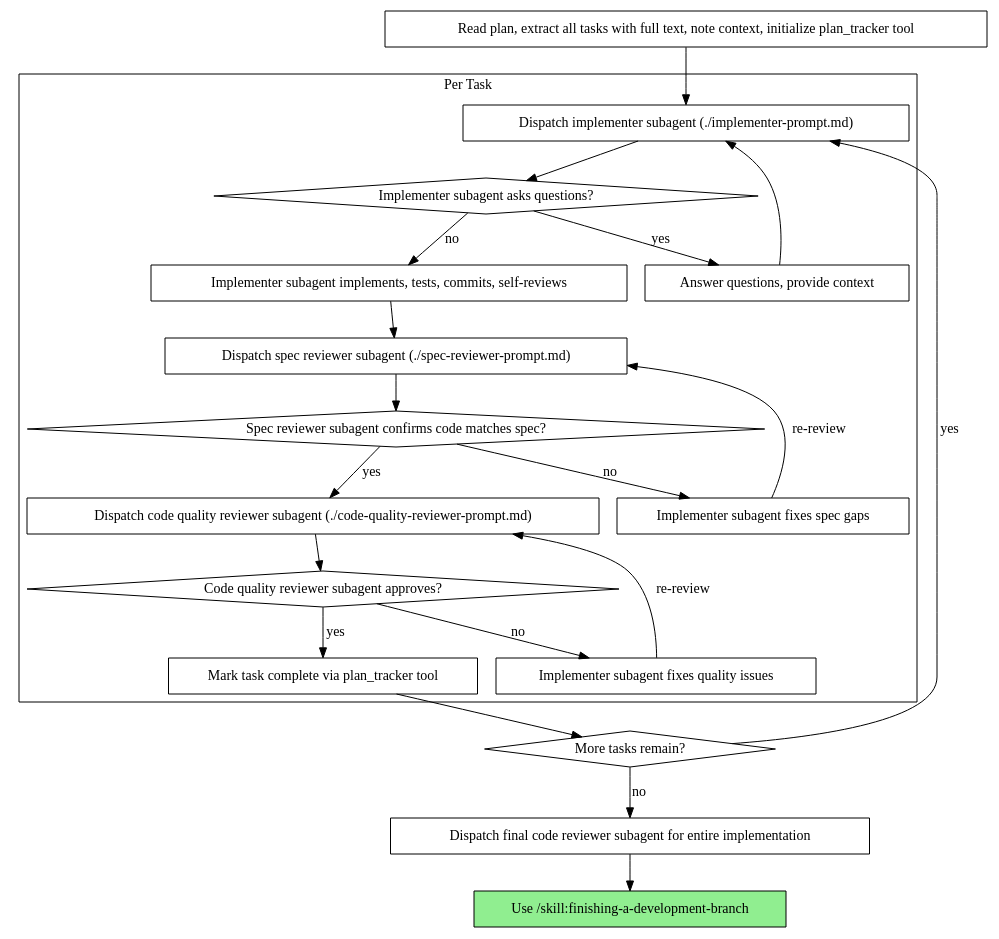
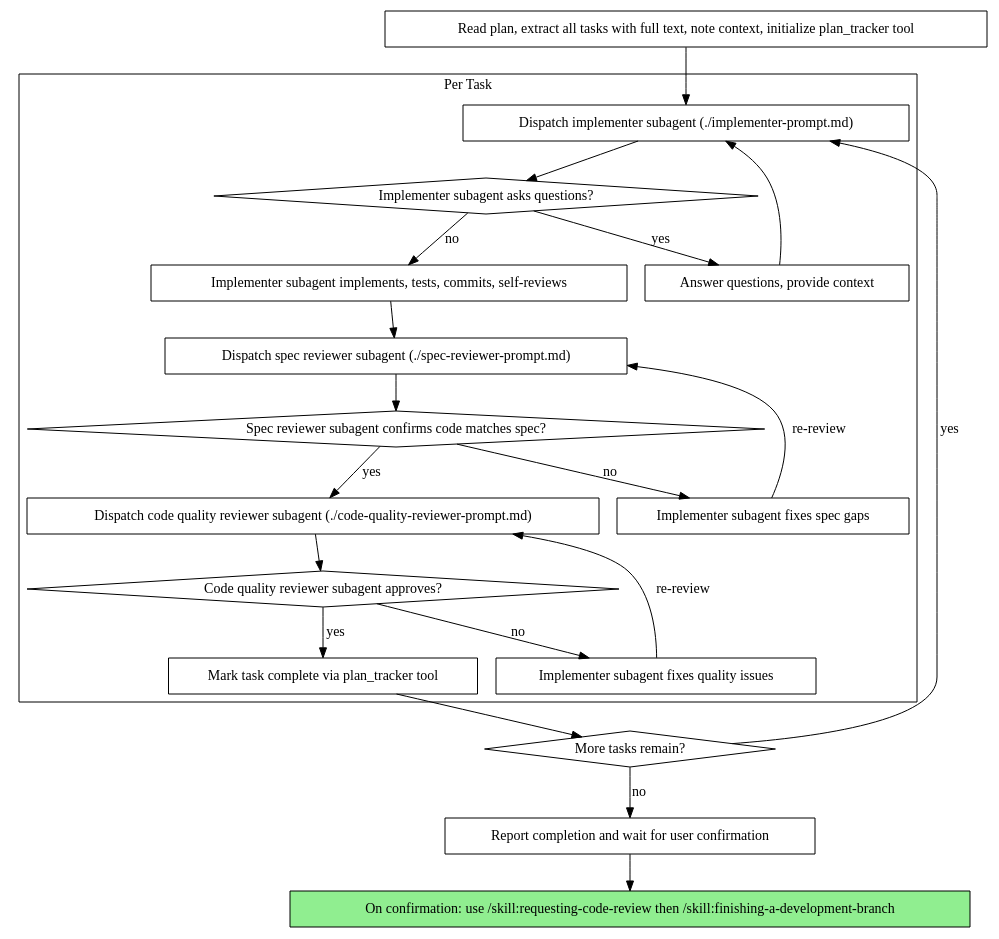
The second of 2 diagrams in .pi/skills/subagent-driven-development/SKILL.md (LiGoldragon/Mentci-AI), drawn with Graphviz before and after one commit. The commit also changed other lines of this file and 14 other files, not shown here.

````diff
--- a/.pi/skills/subagent-driven-development/SKILL.md
+++ b/.pi/skills/subagent-driven-development/SKILL.md
@@ -50,44 +50,44 @@
 ```dot
 digraph process {
     rankdir=TB;
 
     subgraph cluster_per_task {
         label="Per Task";
         "Dispatch implementer subagent (./implementer-prompt.md)" [shape=box];
         "Implementer subagent asks questions?" [shape=diamond];
         "Answer questions, provide context" [shape=box];
         "Implementer subagent implements, tests, commits, self-reviews" [shape=box];
         "Dispatch spec reviewer subagent (./spec-reviewer-prompt.md)" [shape=box];
         "Spec reviewer subagent confirms code matches spec?" [shape=diamond];
         "Implementer subagent fixes spec gaps" [shape=box];
         "Dispatch code quality reviewer subagent (./code-quality-reviewer-prompt.md)" [shape=box];
         "Code quality reviewer subagent approves?" [shape=diamond];
         "Implementer subagent fixes quality issues" [shape=box];
         "Mark task complete via plan_tracker tool" [shape=box];
     }
 
     "Read plan, extract all tasks with full text, note context, initialize plan_tracker tool" [shape=box];
     "More tasks remain?" [shape=diamond];
-    "Dispatch final code reviewer subagent for entire implementation" [shape=box];
-    "Use /skill:finishing-a-development-branch" [shape=box style=filled fillcolor=lightgreen];
+    "Report completion and wait for user confirmation" [shape=box];
+    "On confirmation: use /skill:requesting-code-review then /skill:finishing-a-development-branch" [shape=box style=filled fillcolor=lightgreen];
 
     "Read plan, extract all tasks with full text, note context, initialize plan_tracker tool" -> "Dispatch implementer subagent (./implementer-prompt.md)";
     "Dispatch implementer subagent (./implementer-prompt.md)" -> "Implementer subagent asks questions?";
     "Implementer subagent asks questions?" -> "Answer questions, provide context" [label="yes"];
     "Answer questions, provide context" -> "Dispatch implementer subagent (./implementer-prompt.md)";
     "Implementer subagent asks questions?" -> "Implementer subagent implements, tests, commits, self-reviews" [label="no"];
     "Implementer subagent implements, tests, commits, self-reviews" -> "Dispatch spec reviewer subagent (./spec-reviewer-prompt.md)";
     "Dispatch spec reviewer subagent (./spec-reviewer-prompt.md)" -> "Spec reviewer subagent confirms code matches spec?";
     "Spec reviewer subagent confirms code matches spec?" -> "Implementer subagent fixes spec gaps" [label="no"];
     "Implementer subagent fixes spec gaps" -> "Dispatch spec reviewer subagent (./spec-reviewer-prompt.md)" [label="re-review"];
     "Spec reviewer subagent confirms code matches spec?" -> "Dispatch code quality reviewer subagent (./code-quality-reviewer-prompt.md)" [label="yes"];
     "Dispatch code quality reviewer subagent (./code-quality-reviewer-prompt.md)" -> "Code quality reviewer subagent approves?";
     "Code quality reviewer subagent approves?" -> "Implementer subagent fixes quality issues" [label="no"];
     "Implementer subagent fixes quality issues" -> "Dispatch code quality reviewer subagent (./code-quality-reviewer-prompt.md)" [label="re-review"];
     "Code quality reviewer subagent approves?" -> "Mark task complete via plan_tracker tool" [label="yes"];
     "Mark task complete via plan_tracker tool" -> "More tasks remain?";
     "More tasks remain?" -> "Dispatch implementer subagent (./implementer-prompt.md)" [label="yes"];
-    "More tasks remain?" -> "Dispatch final code reviewer subagent for entire implementation" [label="no"];
-    "Dispatch final code reviewer subagent for entire implementation" -> "Use /skill:finishing-a-development-branch";
+    "More tasks remain?" -> "Report completion and wait for user confirmation" [label="no"];
+    "Report completion and wait for user confirmation" -> "On confirmation: use /skill:requesting-code-review then /skill:finishing-a-development-branch";
 }
 ```
````
